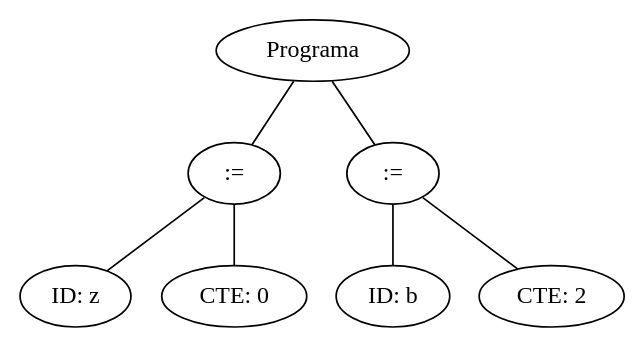
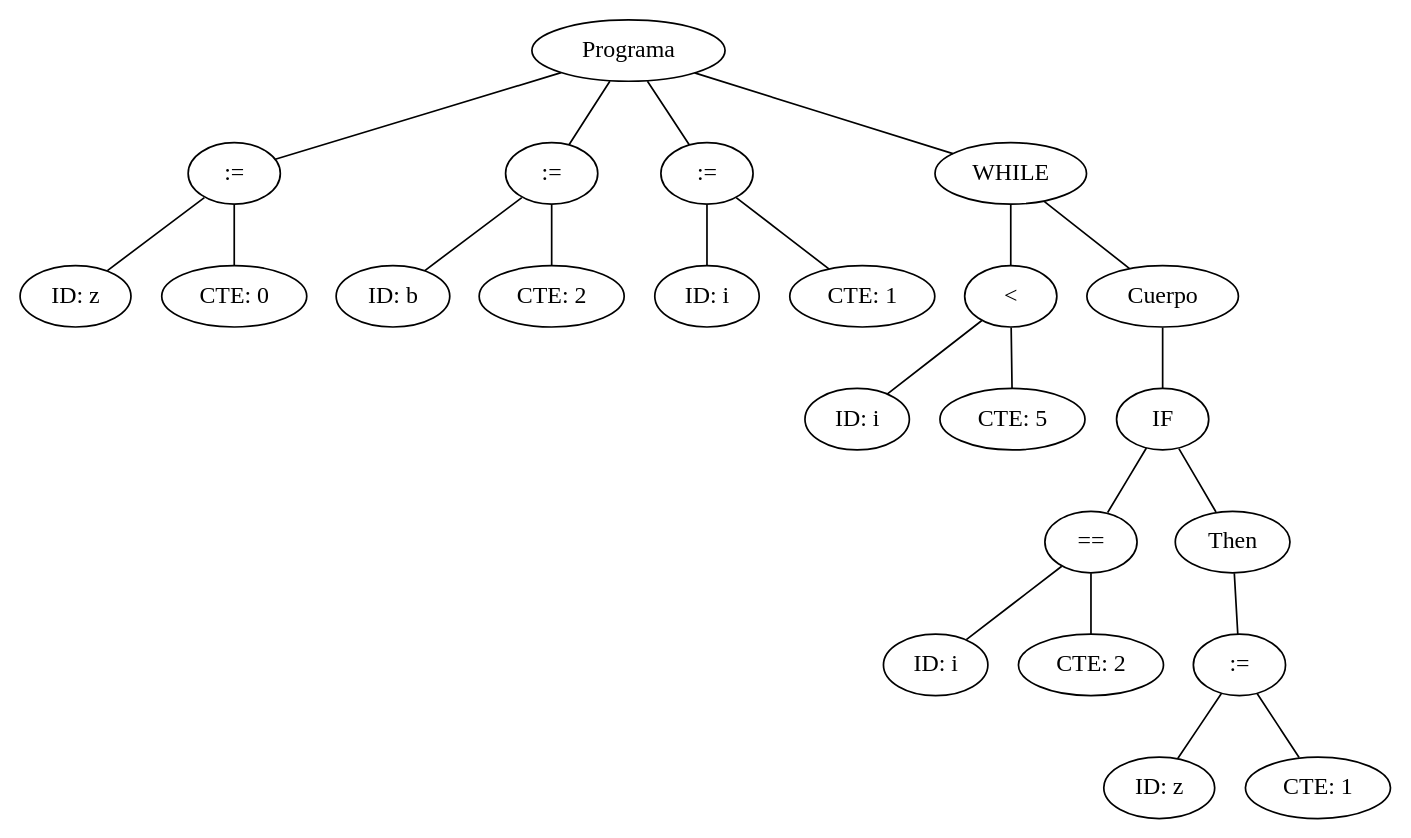
One commit to JosueGaticaOdato/Integrador-TEOI changed the diagram in AnalizadorLexico/arbolito.dot. Above: the diagram before and after it, drawn with Graphviz. The commit also changed 10 other files, not shown here.

```diff
--- a/AnalizadorLexico/arbolito.dot
+++ b/AnalizadorLexico/arbolito.dot
@@ -1,14 +1,46 @@
 graph G {nodo_programa [label="Programa"]
-nodo_999966131 [label=":="]
-nodo_programa -- nodo_999966131
-nodo_793589513 [label="ID: z"]
-nodo_999966131 -- nodo_793589513
-nodo_1313922862 [label="CTE: 0"]
-nodo_999966131 -- nodo_1313922862
-nodo_186370029 [label=":="]
-nodo_programa -- nodo_186370029
-nodo_2094548358 [label="ID: b"]
-nodo_186370029 -- nodo_2094548358
-nodo_51228289 [label="CTE: 2"]
-nodo_186370029 -- nodo_51228289
+nodo_1828972342 [label=":="]
+nodo_programa -- nodo_1828972342
+nodo_883049899 [label="ID: z"]
+nodo_1828972342 -- nodo_883049899
+nodo_2093176254 [label="CTE: 0"]
+nodo_1828972342 -- nodo_2093176254
+nodo_1323165413 [label=":="]
+nodo_programa -- nodo_1323165413
+nodo_1880587981 [label="ID: b"]
+nodo_1323165413 -- nodo_1880587981
+nodo_511754216 [label="CTE: 2"]
+nodo_1323165413 -- nodo_511754216
+nodo_1721931908 [label=":="]
+nodo_programa -- nodo_1721931908
+nodo_1198108795 [label="ID: i"]
+nodo_1721931908 -- nodo_1198108795
+nodo_214126413 [label="CTE: 1"]
+nodo_1721931908 -- nodo_214126413
+nodo_396873410 [label="WHILE"]
+nodo_programa -- nodo_396873410
+nodo_1706234378 [label="<"]
+nodo_396873410 -- nodo_1706234378
+nodo_1867750575 [label="ID: i"]
+nodo_1706234378 -- nodo_1867750575
+nodo_2046562095 [label="CTE: 5"]
+nodo_1706234378 -- nodo_2046562095
+nodo_1342443276 [label="Cuerpo"]
+nodo_396873410 -- nodo_1342443276
+nodo_769287236 [label="IF"]
+nodo_1342443276 -- nodo_769287236
+nodo_1587487668 [label="=="]
+nodo_769287236 -- nodo_1587487668
+nodo_1199823423 [label="ID: i"]
+nodo_1587487668 -- nodo_1199823423
+nodo_932172204 [label="CTE: 2"]
+nodo_1587487668 -- nodo_932172204
+nodo_1225358173 [label="Then"]
+nodo_769287236 -- nodo_1225358173
+nodo_1848402763 [label=":="]
+nodo_1225358173 -- nodo_1848402763
+nodo_933699219 [label="ID: z"]
+nodo_1848402763 -- nodo_933699219
+nodo_2121055098 [label="CTE: 1"]
+nodo_1848402763 -- nodo_2121055098
 }
```
